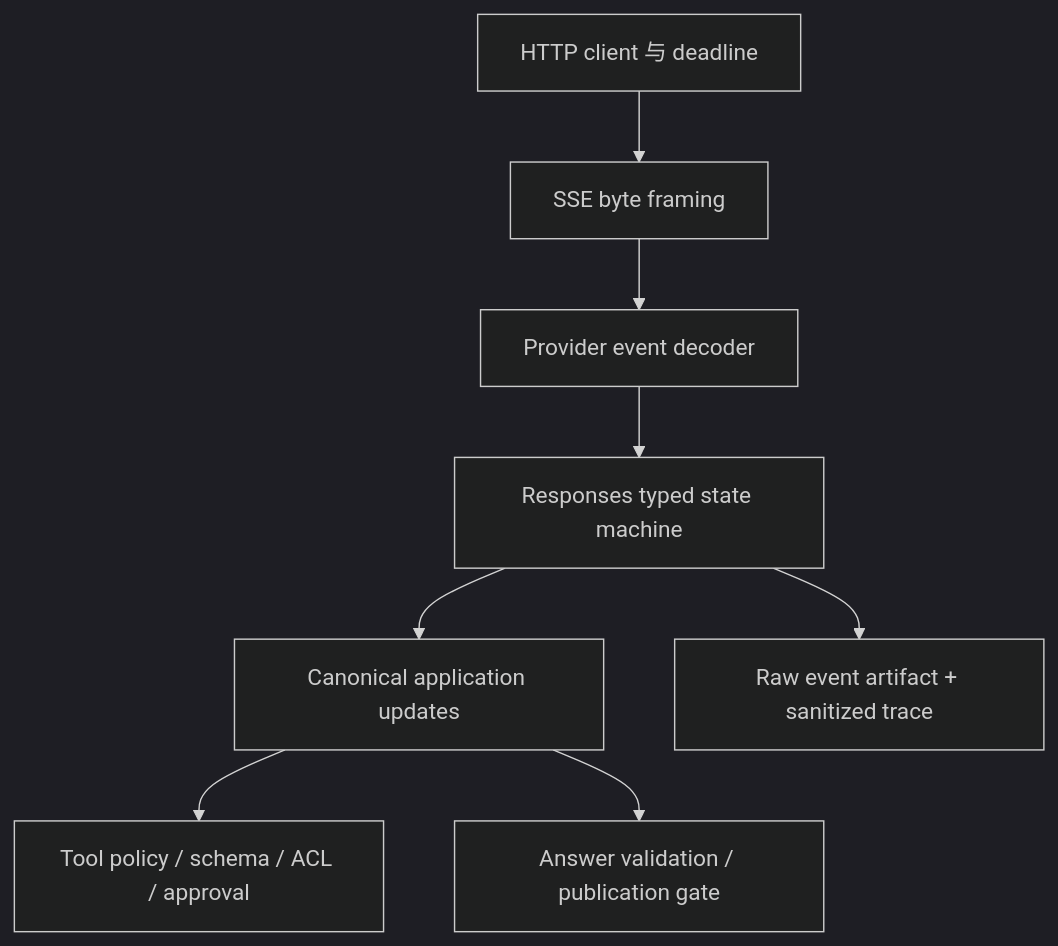
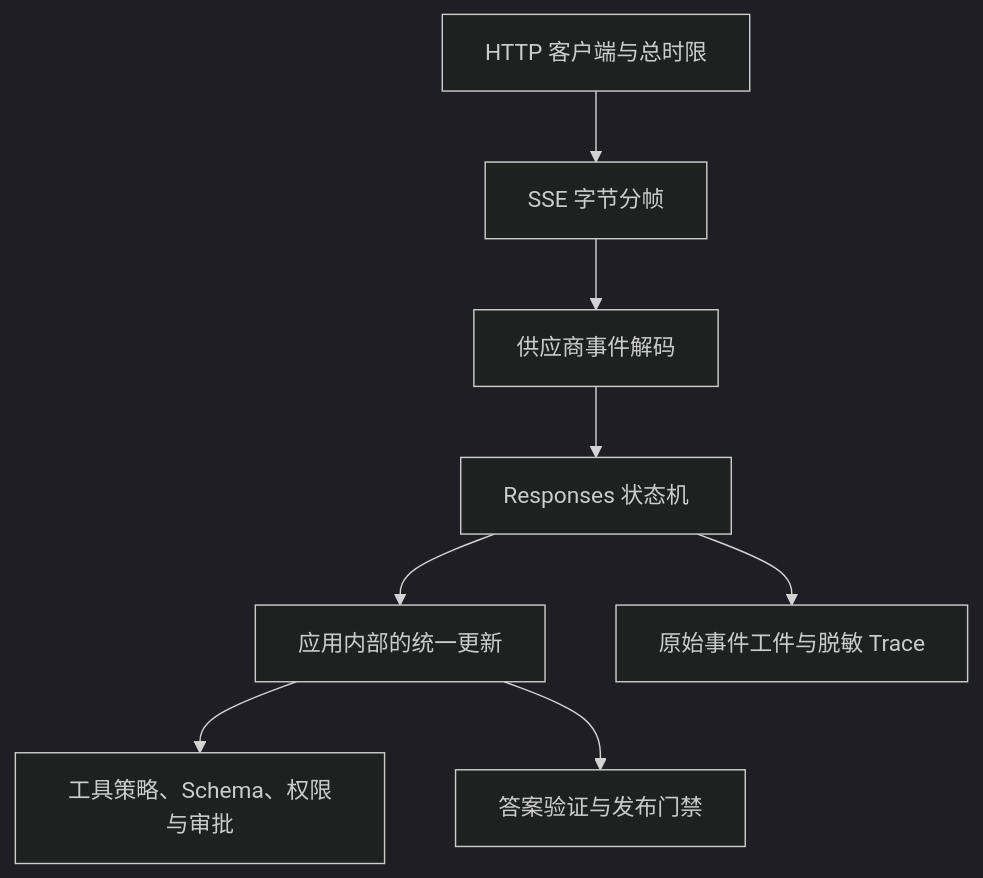
The diagram in docs/models/gpt.md (NightLemon/about-llm), drawn with Mermaid (dark theme) before and after one commit. The commit also changed other lines of this file, not shown here.

Commit message:
docs: teach Responses through one event stream

````diff
--- a/docs/models/gpt.md
+++ b/docs/models/gpt.md
@@ -343,10 +356,10 @@
 ```mermaid
 flowchart TD
-    A["HTTP client 与 deadline"] --> B["SSE byte framing"]
-    B --> C["Provider event decoder"]
-    C --> D["Responses typed state machine"]
-    D --> E["Canonical application updates"]
-    E --> F["Tool policy / schema / ACL / approval"]
-    E --> G["Answer validation / publication gate"]
-    D --> H["Raw event artifact + sanitized trace"]
+    A["HTTP 客户端与总时限"] --> B["SSE 字节分帧"]
+    B --> C["供应商事件解码"]
+    C --> D["Responses 状态机"]
+    D --> E["应用内部的统一更新"]
+    E --> F["工具策略、Schema、权限与审批"]
+    E --> G["答案验证与发布门禁"]
+    D --> H["原始事件工件与脱敏 Trace"]
 ```
````
